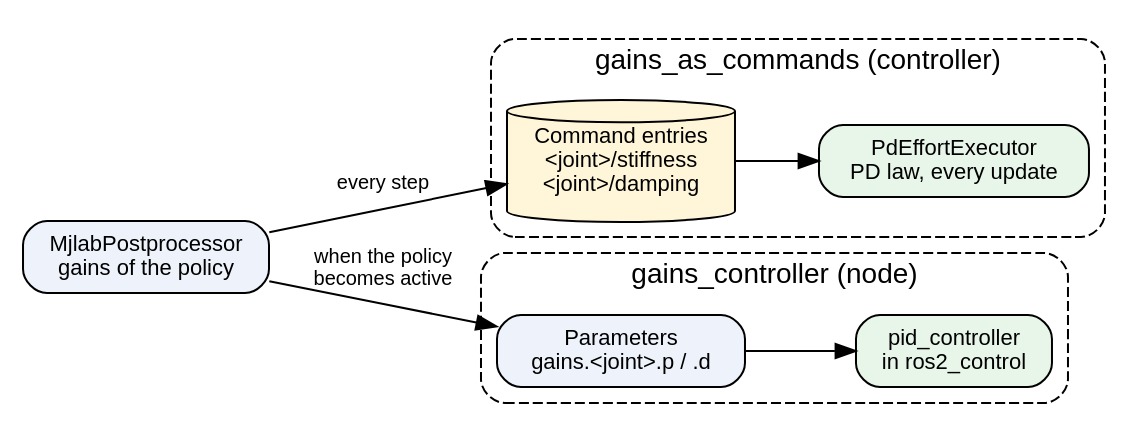
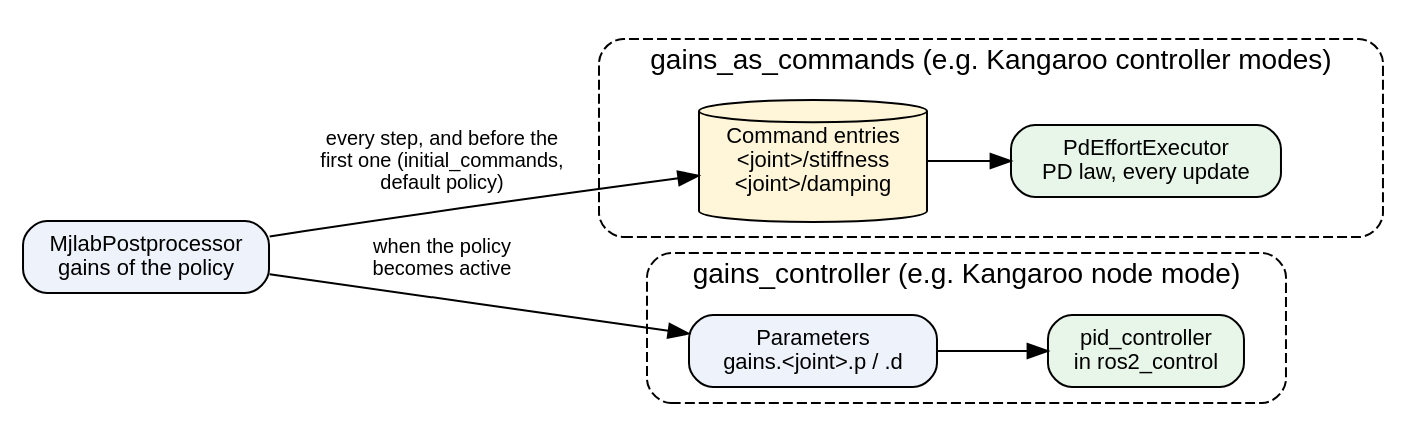
One commit to saikishor/ros2_policy_framework changed the third of 3 diagrams in docs/mjlab.rst. Above: the diagram before and after it, drawn with Graphviz. The commit also changed other lines of this file, not shown here.

Commit message:
Show the motion command and the initial gains in the mjlab diagrams and correct the gains delivery

```diff
--- a/docs/mjlab.rst
+++ b/docs/mjlab.rst
@@ -152,22 +161,22 @@
 .. graphviz::
 
    digraph gains {
      rankdir=LR;
      node [shape=box, style="rounded,filled", fillcolor="#eef3fb", fontname="Helvetica", fontsize=11];
      edge [fontname="Helvetica", fontsize=10];
      post [label="MjlabPostprocessor\ngains of the policy"];
      subgraph cluster_a {
-       label="gains_as_commands (controller)"; style="rounded,dashed"; fontname="Helvetica";
+       label="gains_as_commands (e.g. Kangaroo controller modes)"; style="rounded,dashed"; fontname="Helvetica";
        cmd [label="Command entries\n<joint>/stiffness\n<joint>/damping", shape=cylinder, fillcolor="#fff6d9"];
        pd [label="PdEffortExecutor\nPD law, every update", fillcolor="#e8f5e9"];
        cmd -> pd;
      }
      subgraph cluster_b {
-       label="gains_controller (node)"; style="rounded,dashed"; fontname="Helvetica";
+       label="gains_controller (e.g. Kangaroo node mode)"; style="rounded,dashed"; fontname="Helvetica";
        params [label="Parameters\ngains.<joint>.p / .d"];
        pid [label="pid_controller\nin ros2_control", fillcolor="#e8f5e9"];
        params -> pid;
      }
-     post -> cmd [label="every step"];
+     post -> cmd [label="every step, and before the\nfirst one (initial_commands,\ndefault policy)"];
      post -> params [label="when the policy\nbecomes active"];
    }
```
